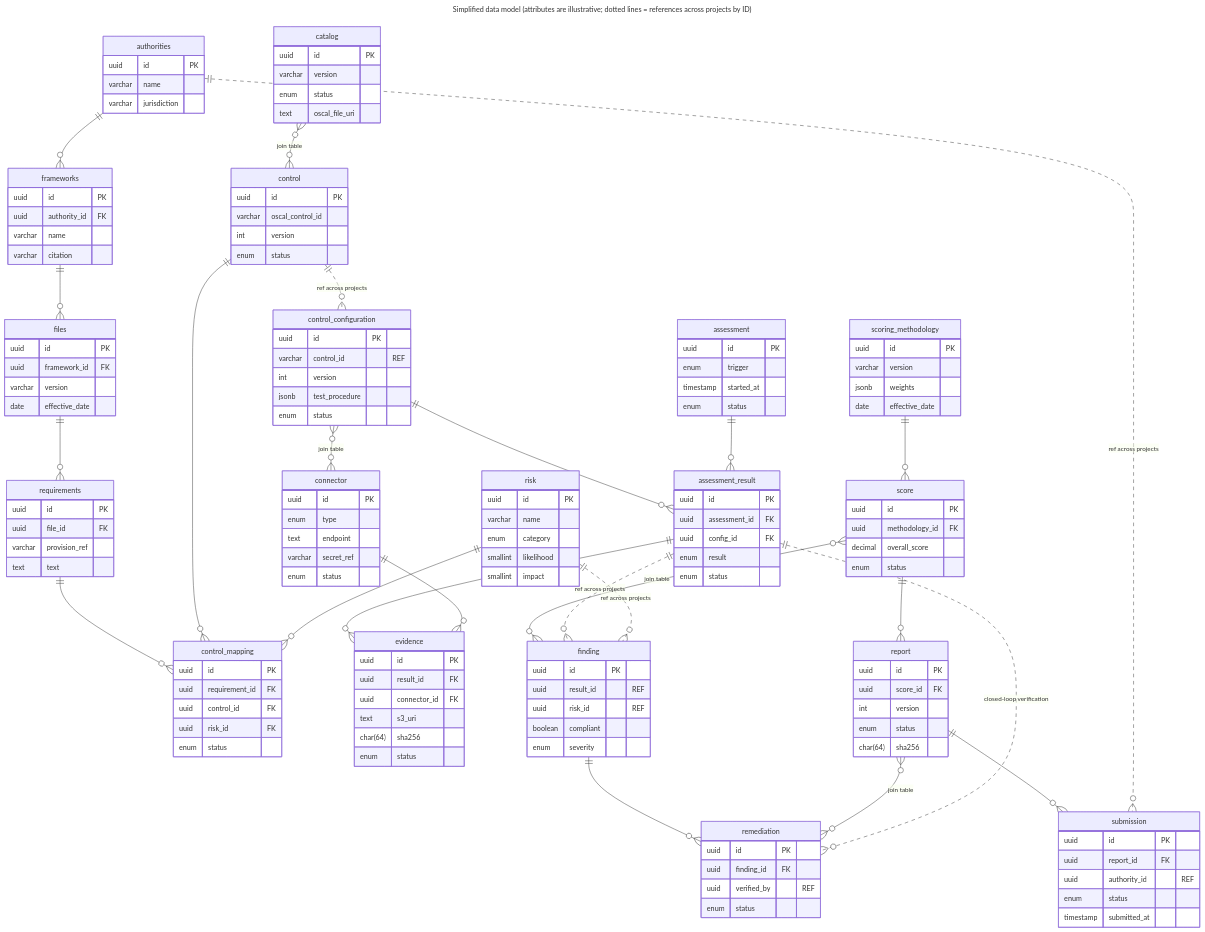
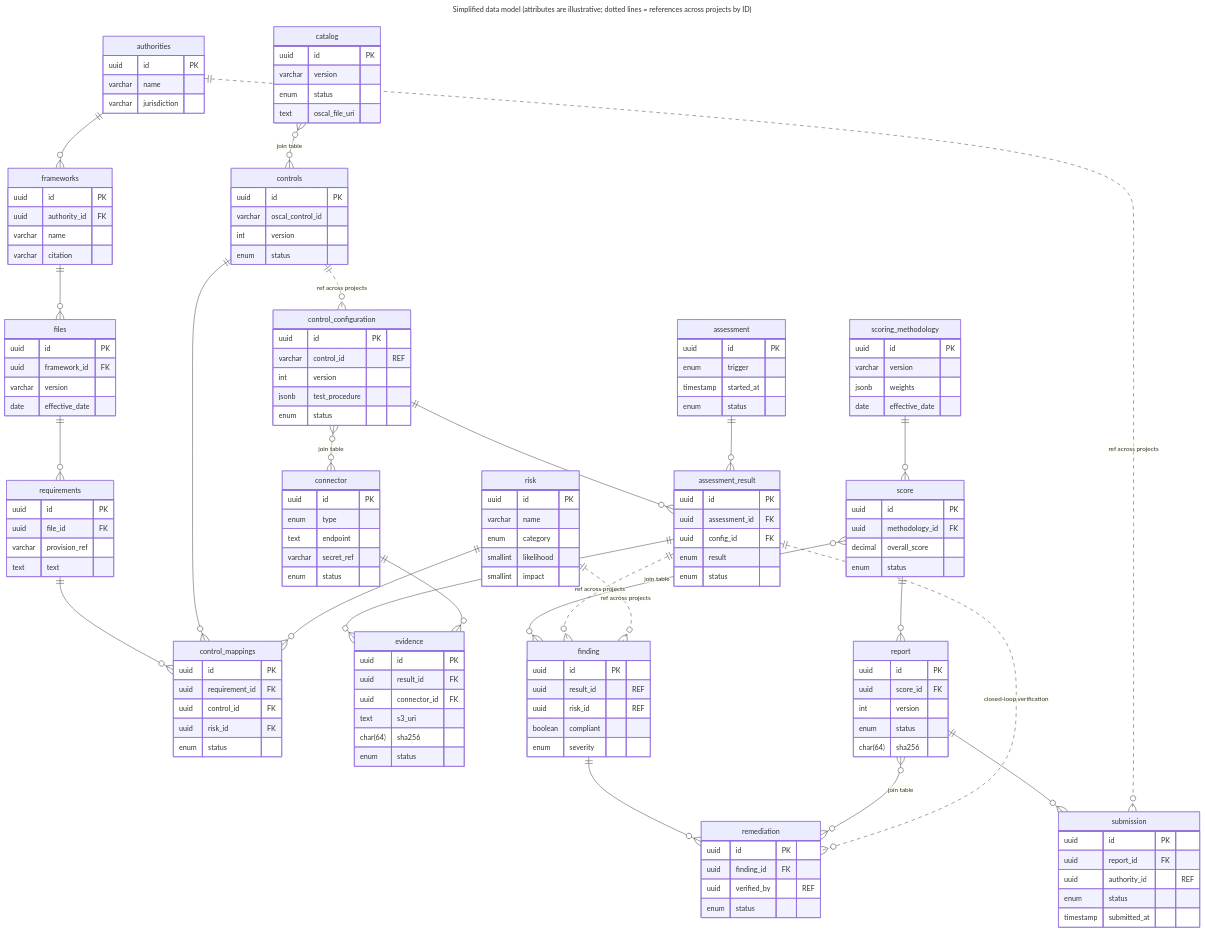
One commit to GRaCe-GRC/GRaCe-GRC-docs changed the diagram in assets/diagrams/data-model/fig-14-1-simplified-data-model.mmd. Above: the diagram before and after it, drawn with Mermaid. The commit also changed 17 other files, not shown here.

```diff
--- a/assets/diagrams/data-model/fig-14-1-simplified-data-model.mmd
+++ b/assets/diagrams/data-model/fig-14-1-simplified-data-model.mmd
@@ -1,152 +1,152 @@
 ---
 title: "Simplified data model (attributes are illustrative; dotted lines = references across projects by ID)"
 ---
 erDiagram
 
   authorities {
     uuid id PK
     varchar name
     varchar jurisdiction
   }
   frameworks {
     uuid id PK
     uuid authority_id FK
     varchar name
     varchar citation
   }
   files {
     uuid id PK
     uuid framework_id FK
     varchar version
     date effective_date
   }
   requirements {
     uuid id PK
     uuid file_id FK
     varchar provision_ref
     text text
   }
   catalog {
     uuid id PK
     varchar version
     enum status
     text oscal_file_uri
   }
-  control {
+  controls {
     uuid id PK
     varchar oscal_control_id
     int version
     enum status
   }
-  control_mapping {
+  control_mappings {
     uuid id PK
     uuid requirement_id FK
     uuid control_id FK
     uuid risk_id FK
     enum status
   }
   risk {
     uuid id PK
     varchar name
     enum category
     smallint likelihood
     smallint impact
   }
   control_configuration {
     uuid id PK
     varchar control_id "REF"
     int version
     jsonb test_procedure
     enum status
   }
   connector {
     uuid id PK
     enum type
     text endpoint
     varchar secret_ref
     enum status
   }
   assessment {
     uuid id PK
     enum trigger
     timestamp started_at
     enum status
   }
   assessment_result {
     uuid id PK
     uuid assessment_id FK
     uuid config_id FK
     enum result
     enum status
   }
   evidence {
     uuid id PK
     uuid result_id FK
     uuid connector_id FK
     text s3_uri
     char(64) sha256
     enum status
   }
   scoring_methodology {
     uuid id PK
     varchar version
     jsonb weights
     date effective_date
   }
   score {
     uuid id PK
     uuid methodology_id FK
     decimal overall_score
     enum status
   }
   finding {
     uuid id PK
     uuid result_id "REF"
     uuid risk_id "REF"
     boolean compliant
     enum severity
   }
   remediation {
     uuid id PK
     uuid finding_id FK
     uuid verified_by "REF"
     enum status
   }
   report {
     uuid id PK
     uuid score_id FK
     int version
     enum status
     char(64) sha256
   }
   submission {
     uuid id PK
     uuid report_id FK
     uuid authority_id "REF"
     enum status
     timestamp submitted_at
   }
 
   authorities ||--o{ frameworks : ""
   frameworks ||--o{ files : ""
   files ||--o{ requirements : ""
-  requirements ||--o{ control_mapping : ""
-  control ||--o{ control_mapping : ""
-  risk ||--o{ control_mapping : ""
-  catalog }o--o{ control : "join table"
+  requirements ||--o{ control_mappings : ""
+  controls ||--o{ control_mappings : ""
+  risk ||--o{ control_mappings : ""
+  catalog }o--o{ controls : "join table"
   control_configuration }o--o{ connector : "join table"
   control_configuration ||--o{ assessment_result : ""
   assessment ||--o{ assessment_result : ""
   assessment_result ||--o{ evidence : ""
   connector ||--o{ evidence : ""
   scoring_methodology ||--o{ score : ""
   score }o--o{ finding : "join table"
   score ||--o{ report : ""
   report ||--o{ submission : ""
   finding ||--o{ remediation : ""
   report }o--o{ remediation : "join table"
-  control ||..o{ control_configuration : "ref across projects"
+  controls ||..o{ control_configuration : "ref across projects"
   assessment_result ||..o{ finding : "ref across projects"
   risk ||..o{ finding : "ref across projects"
   authorities ||..o{ submission : "ref across projects"
   assessment_result ||..o{ remediation : "closed-loop verification"
```
